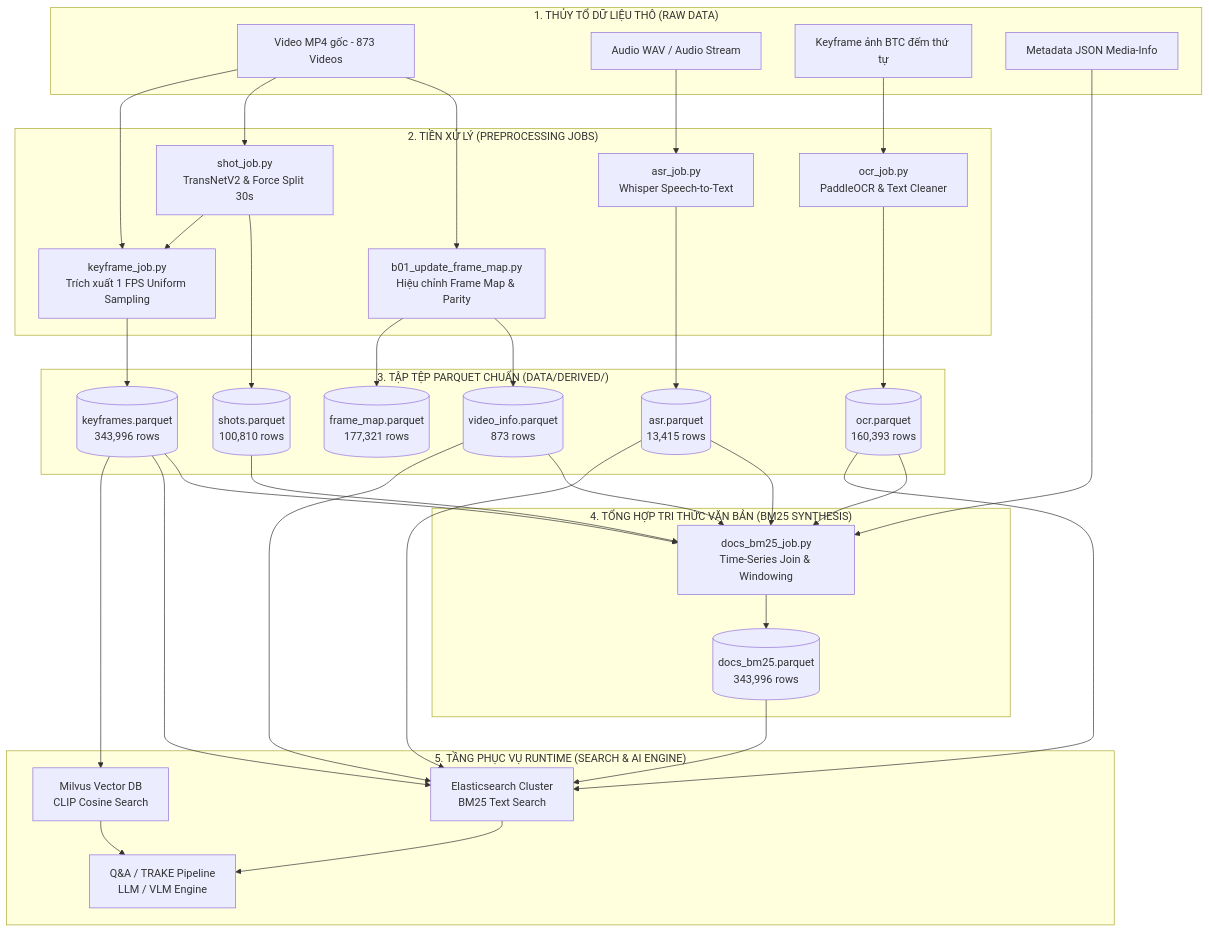
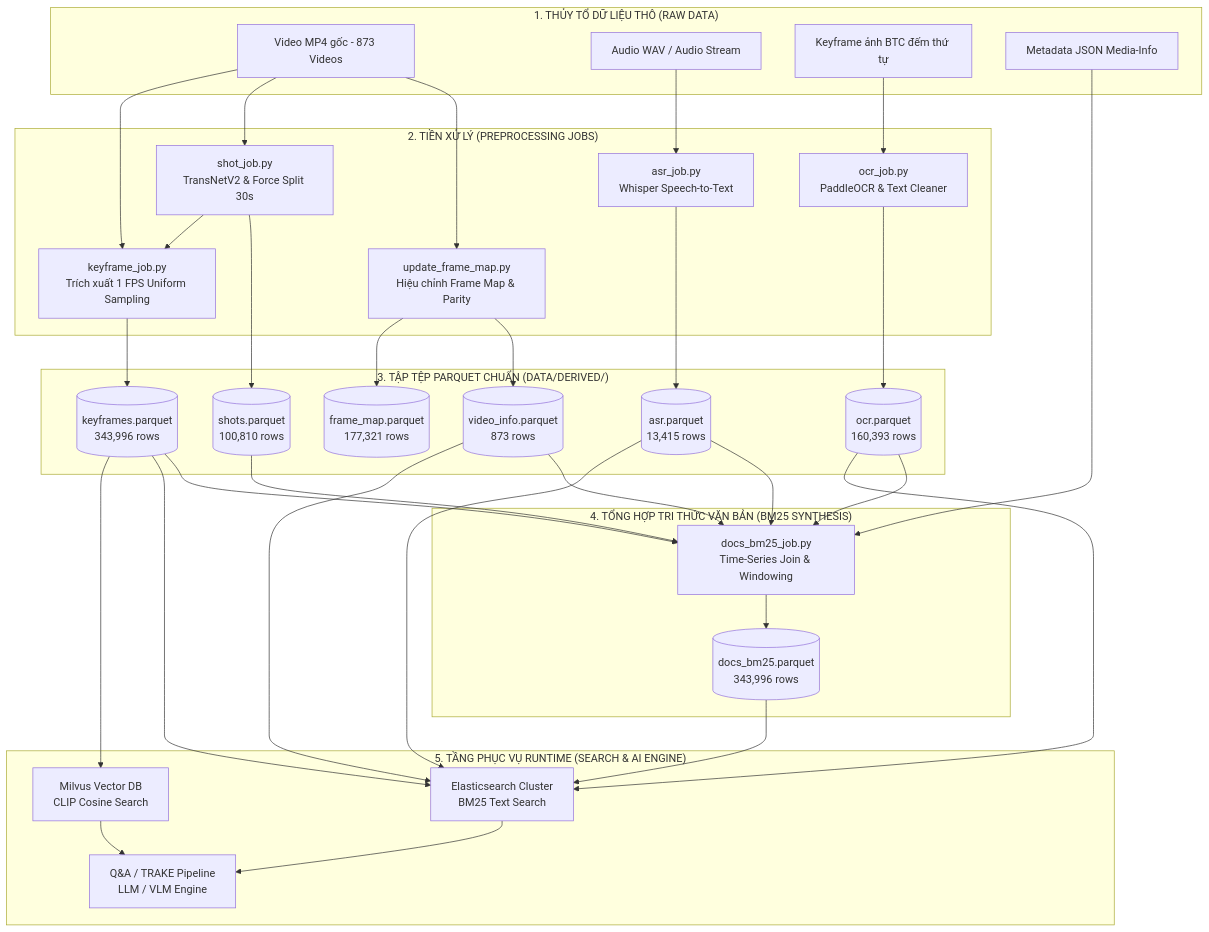
Before and after one commit to Cts7426/AI-Challenge---AIC2026---475: the diagram in docs/B_DATA_PIPELINE_SPEC.md, drawn with Mermaid. The commit also changed other lines of this file, not shown here.

Commit message:
docs(PhaseB): Cập nhật tiêu đề tài liệu chuẩn không dính mã B01

````diff
--- a/docs/B_DATA_PIPELINE_SPEC.md
+++ b/docs/B_DATA_PIPELINE_SPEC.md
@@ -57,49 +57,49 @@
 ```mermaid
 flowchart TD
     subgraph RAW["1. THỦY TỔ DỮ LIỆU THÔ (RAW DATA)"]
         A1[Video MP4 gốc - 873 Videos]
         A2[Audio WAV / Audio Stream]
         A3[Keyframe ảnh BTC đếm thứ tự]
         A4[Metadata JSON Media-Info]
     end
 
     subgraph PREPROC["2. TIỀN XỬ LÝ (PREPROCESSING JOBS)"]
-        B1[b01_update_frame_map.py<br/>Hiệu chỉnh Frame Map & Parity]
+        B1[update_frame_map.py<br/>Hiệu chỉnh Frame Map & Parity]
         B2[shot_job.py<br/>TransNetV2 & Force Split 30s]
         B3[keyframe_job.py<br/>Trích xuất 1 FPS Uniform Sampling]
         B4[asr_job.py<br/>Whisper Speech-to-Text]
         B5[ocr_job.py<br/>PaddleOCR & Text Cleaner]
     end
 
     subgraph DERIVED["3. TẬP TỆP PARQUET CHUẨN (DATA/DERIVED/)"]
         C1[(video_info.parquet<br/>873 rows)]
         C2[(frame_map.parquet<br/>177,321 rows)]
         C3[(shots.parquet<br/>100,810 rows)]
         C4[(keyframes.parquet<br/>343,996 rows)]
         C5[(asr.parquet<br/>13,415 rows)]
         C6[(ocr.parquet<br/>160,393 rows)]
     end
 
     subgraph SYNTHESIS["4. TỔNG HỢP TRI THỨC VĂN BẢN (BM25 SYNTHESIS)"]
         D1[docs_bm25_job.py<br/>Time-Series Join & Windowing]
         D2[(docs_bm25.parquet<br/>343,996 rows)]
     end
 
     subgraph SERVING["5. TẦNG PHỤC VỤ RUNTIME (SEARCH & AI ENGINE)"]
         E1[Elasticsearch Cluster<br/>BM25 Text Search]
         E2[Milvus Vector DB<br/>CLIP Cosine Search]
         E3[Q&A / TRAKE Pipeline<br/>LLM / VLM Engine]
     end
 
     A1 --> B1 --> C1 & C2
     A1 --> B2 --> C3
     B2 & A1 --> B3 --> C4
     A2 --> B4 --> C5
     A3 --> B5 --> C6
 
     C4 & C1 & C3 & C5 & C6 & A4 --> D1 --> D2
 
     C1 & C4 & C6 & C5 & D2 --> E1
     C4 --> E2
     E1 & E2 --> E3
 ```
````
